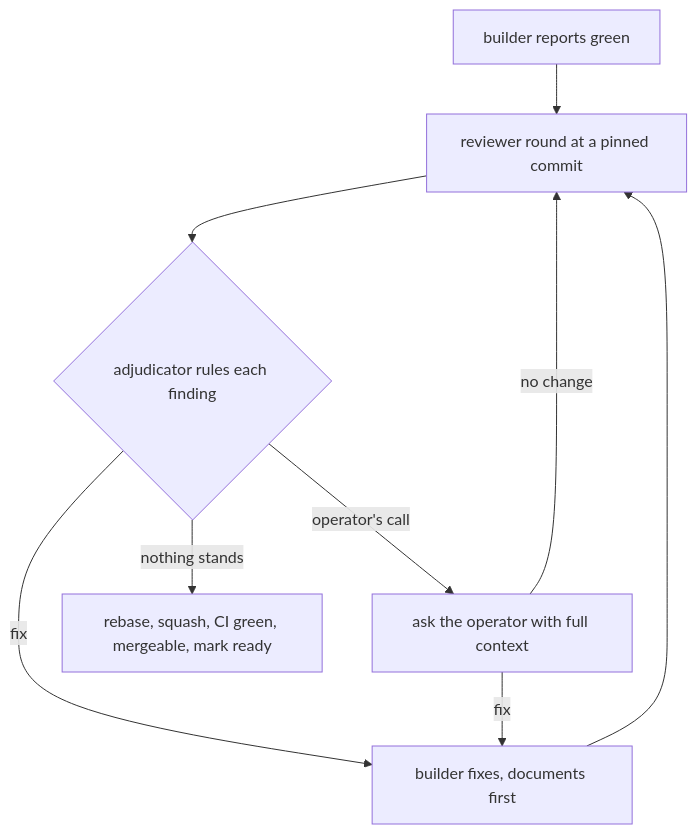
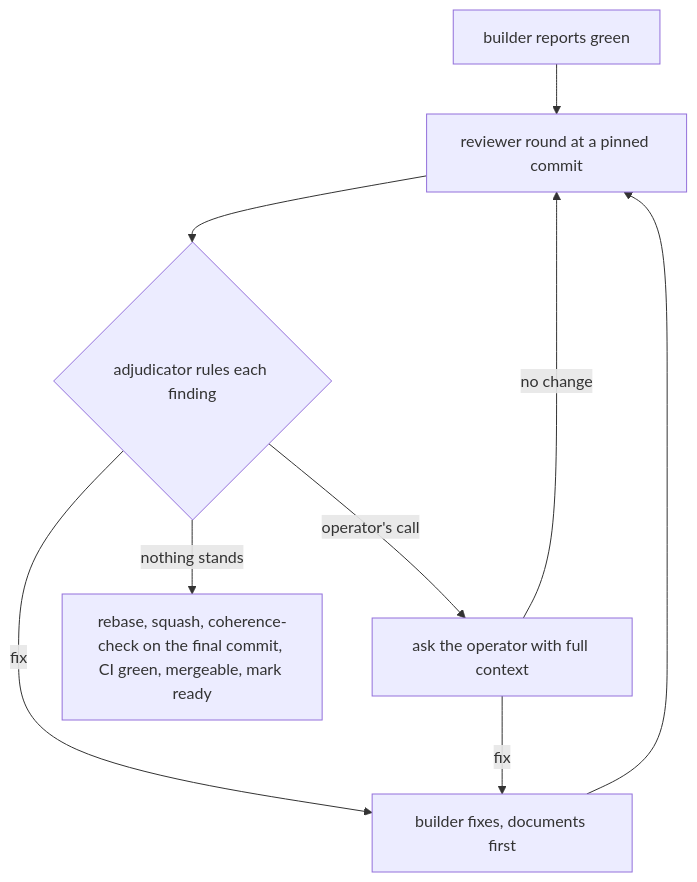
Before and after one commit to ppat/mediated-mailbox-mcp: the diagram in .claude/skills/adversarial-review/SKILL.md, drawn with Mermaid. The commit also changed other lines of this file and 12 other files, not shown here.

````diff
--- a/.claude/skills/adversarial-review/SKILL.md
+++ b/.claude/skills/adversarial-review/SKILL.md
@@ -69,11 +70,11 @@
 ```mermaid
 flowchart TD
     B[builder reports green] --> R[reviewer round at a pinned commit]
     R --> A{adjudicator rules each finding}
     A -->|fix| F[builder fixes, documents first]
     A -->|operator's call| O[ask the operator with full context]
     O -->|fix| F
     O -->|no change| R
     F --> R
-    A -->|nothing stands| S[rebase, squash, CI green, mergeable, mark ready]
+    A -->|nothing stands| S[rebase, squash, coherence-check on the final commit, CI green, mergeable, mark ready]
 ```
````
